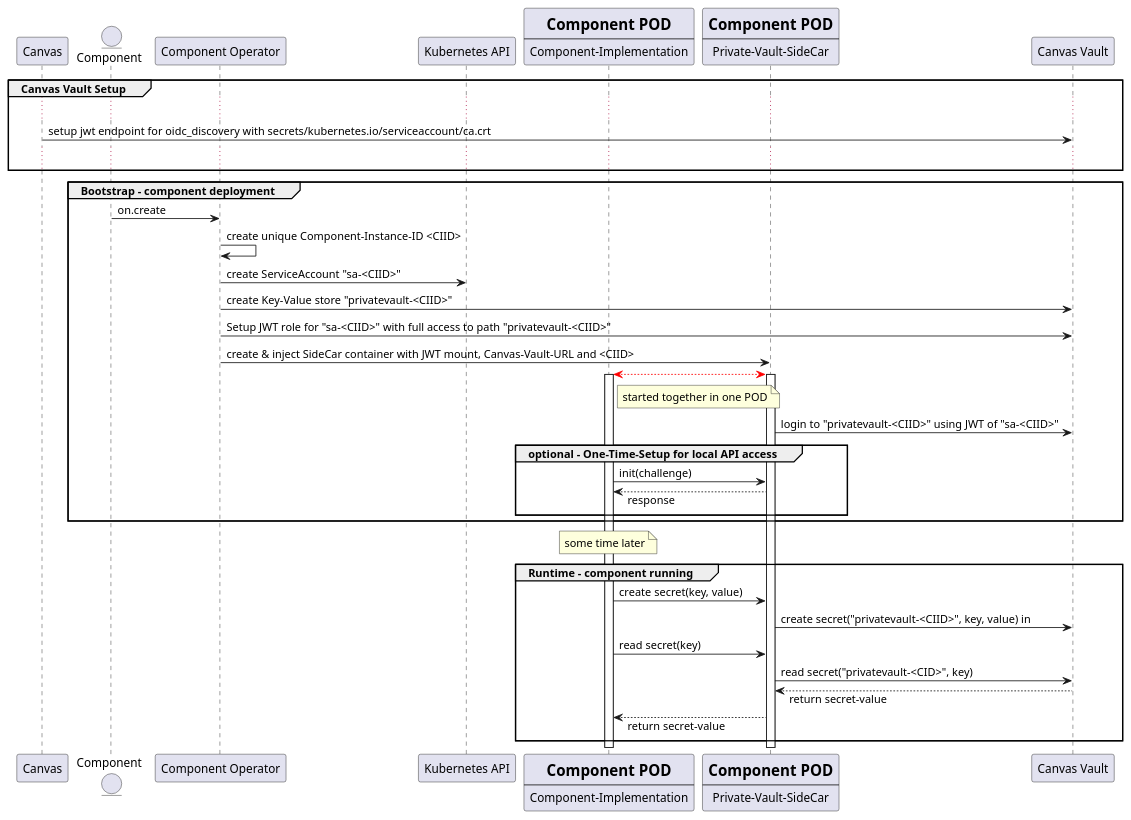
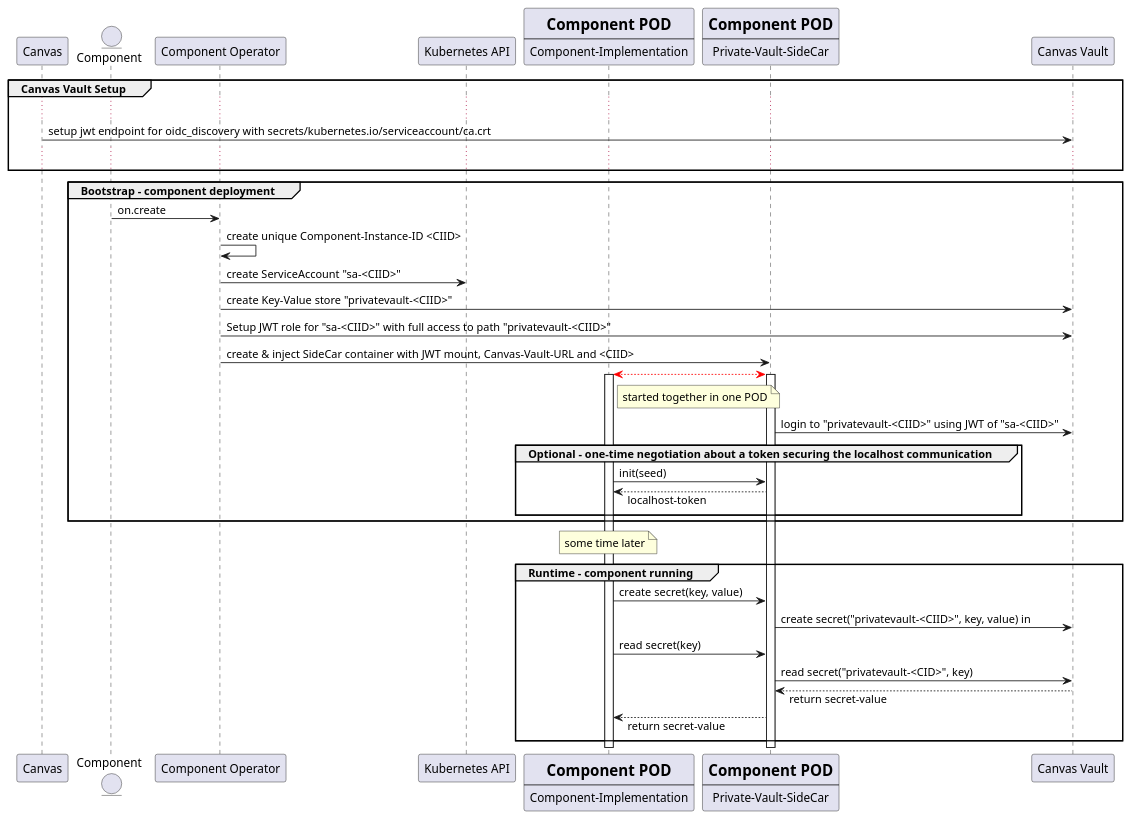
One commit to tmforum-oda/oda-canvas changed the diagram in usecase-library/pumlFiles/componentVault-bootstrap-and-usage.puml. Above: the diagram before and after it, drawn with PlantUML. The commit also changed 1 other file, not shown here.

Commit message:
add description for optional localhost token neogtiation.

```diff
--- a/usecase-library/pumlFiles/componentVault-bootstrap-and-usage.puml
+++ b/usecase-library/pumlFiles/componentVault-bootstrap-and-usage.puml
@@ -1,58 +1,58 @@
 @startuml
 
 participant Canvas as "Canvas"
 entity Component
 participant "Component Operator" as ComponentOperator
 participant "Kubernetes API" as KubernetesAPI
 participant ComponentImplementation [
 	=Component POD
 	----
 	Component-Implementation
 ]
 participant PrivateVaultSideCar [
 	=Component POD
 	----
 	Private-Vault-SideCar
 ]
 participant CanvasVault as "Canvas Vault"
 
 
 group Canvas Vault Setup 
     ...
 	Canvas -> CanvasVault : setup jwt endpoint for oidc_discovery with secrets/kubernetes.io/serviceaccount/ca.crt
 	...
 end group
 
 group Bootstrap - component deployment
 	Component -> ComponentOperator : on.create
 	ComponentOperator -> ComponentOperator : create unique Component-Instance-ID <CIID>
 	ComponentOperator -> KubernetesAPI : create ServiceAccount "sa-<CIID>"
 	ComponentOperator -> CanvasVault : create Key-Value store "privatevault-<CIID>"
 	ComponentOperator -> CanvasVault : Setup JWT role for "sa-<CIID>" with full access to path "privatevault-<CIID>"
 	ComponentOperator -> PrivateVaultSideCar : create & inject SideCar container with JWT mount, Canvas-Vault-URL and <CIID>
 	ComponentImplementation <-[#ff0000]-> PrivateVaultSideCar
 	activate ComponentImplementation 
 	activate PrivateVaultSideCar 
     note right of ComponentImplementation
     started together in one POD
     end note	
 	PrivateVaultSideCar -> CanvasVault : login to "privatevault-<CIID>" using JWT of "sa-<CIID>"
-	group optional - One-Time-Setup for local API access
-		ComponentImplementation -> PrivateVaultSideCar : init(challenge)
+	group Optional - one-time negotiation about a token securing the localhost communication 
+		ComponentImplementation -> PrivateVaultSideCar : init(seed)
 		skinparam responseMessageBelowArrow true
-		ComponentImplementation <-- PrivateVaultSideCar : response
+		ComponentImplementation <-- PrivateVaultSideCar : localhost-token
     end group
 end group
 
 note over ComponentImplementation : some time later
 
 group Runtime - component running
 	ComponentImplementation -> PrivateVaultSideCar : create secret(key, value)
 	PrivateVaultSideCar -> CanvasVault : create secret("privatevault-<CIID>", key, value) in 
 	ComponentImplementation -> PrivateVaultSideCar : read secret(key)
 	PrivateVaultSideCar -> CanvasVault : read secret("privatevault-<CID>", key)
 	PrivateVaultSideCar  <-- CanvasVault : return secret-value
 	ComponentImplementation <-- PrivateVaultSideCar : return secret-value 
 end group
 
 @enduml
```
